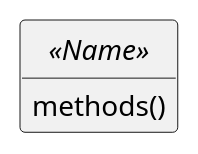
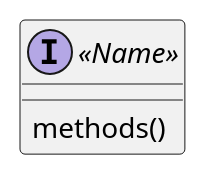
The third of 5 diagrams in System Design/04. UML (Unified Modelling Language) Diagram.md (Chitlangia-Vedant/Obsidian), drawn with PlantUML before and after one commit. The commit also changed other lines of this file, not shown here.

````diff
--- a/System Design/04. UML (Unified Modelling Language) Diagram.md
+++ b/System Design/04. UML (Unified Modelling Language) Diagram.md
@@ -38,9 +47,8 @@
 ```plantuml
 @startuml 
-hide empty members
-hide circle
+
 interface "<<Name>>" { 
     methods()
 } 
 @enduml
 ```
````
